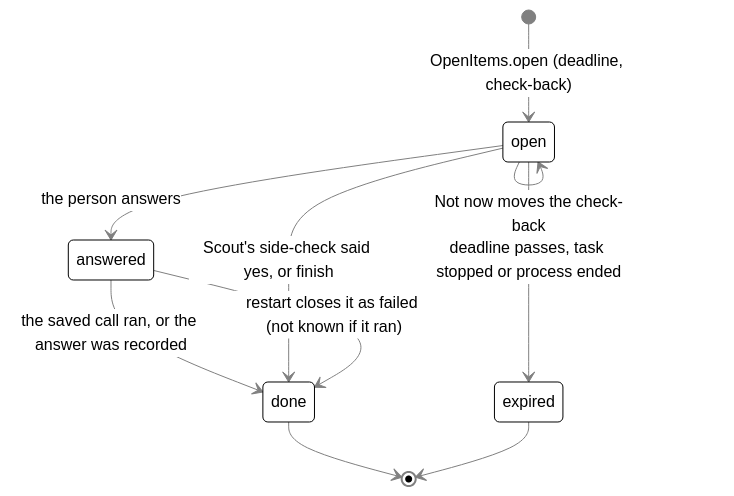
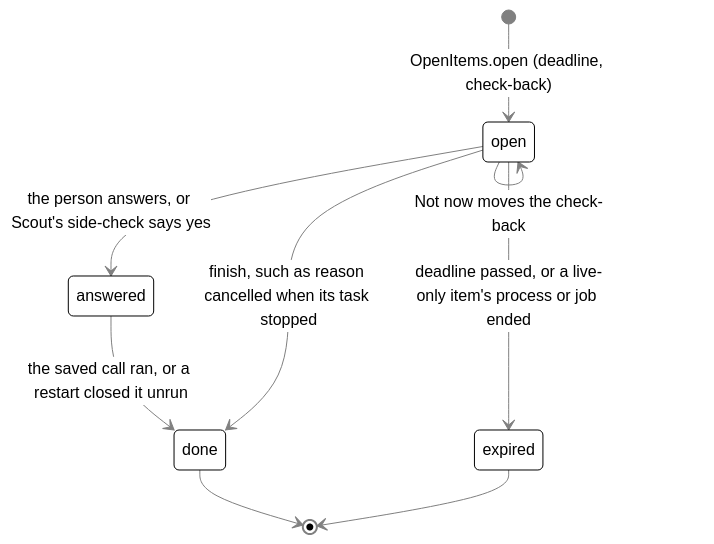
One commit to nadeem4/tagalong changed the third of 5 diagrams in docs/brain/tasks.md. Above: the diagram before and after it, drawn with Mermaid. The commit also changed other lines of this file and 3 other files, not shown here.

````diff
--- a/docs/brain/tasks.md
+++ b/docs/brain/tasks.md
@@ -117,13 +125,12 @@
 ```mermaid
 %%{init: {"theme": "base", "themeVariables": {"primaryColor": "#ffffff", "primaryTextColor": "#000000", "primaryBorderColor": "#000000", "lineColor": "#808080", "arrowheadColor": "#808080", "secondaryColor": "#f2f2f2", "tertiaryColor": "#ffffff", "clusterBkg": "#f7f7f7", "clusterBorder": "#808080", "edgeLabelBackground": "#ffffff", "titleColor": "#808080", "actorBkg": "#ffffff", "actorBorder": "#000000", "actorTextColor": "#000000", "actorLineColor": "#808080", "signalColor": "#808080", "signalTextColor": "#808080", "sequenceNumberColor": "#ffffff", "labelBoxBkgColor": "#ffffff", "labelBoxBorderColor": "#808080", "labelTextColor": "#000000", "loopTextColor": "#808080", "noteBkgColor": "#f7f7f7", "noteBorderColor": "#808080", "noteTextColor": "#000000", "activationBkgColor": "#f7f7f7", "activationBorderColor": "#808080", "fontFamily": "Segoe UI, Helvetica, Arial, sans-serif"}, "themeCSS": ".relationshipLabelBox{opacity:1} .relationshipLabelBox rect{opacity:1}"}}%%
 stateDiagram-v2
     [*] --> open: OpenItems.open (deadline, check-back)
     open --> open: Not now moves the check-back
-    open --> answered: the person answers
-    answered --> done: the saved call ran, or the answer was recorded
-    open --> done: Scout's side-check said yes, or finish
-    open --> expired: deadline passes, task stopped or process ended
-    answered --> done: restart closes it as failed (not known if it ran)
+    open --> answered: the person answers, or Scout's side-check says yes
+    answered --> done: the saved call ran, or a restart closed it unrun
+    open --> done: finish, such as reason cancelled when its task stopped
+    open --> expired: deadline passed, or a live-only item's process or job ended
     done --> [*]
     expired --> [*]
 ```
````
